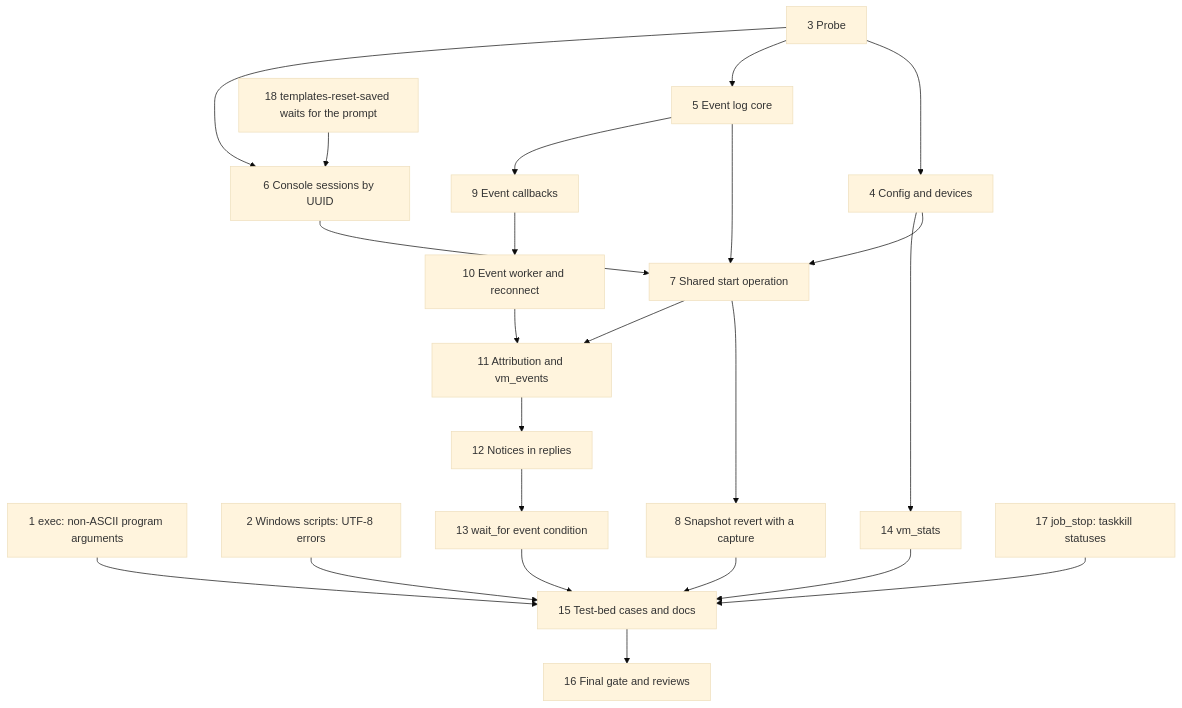
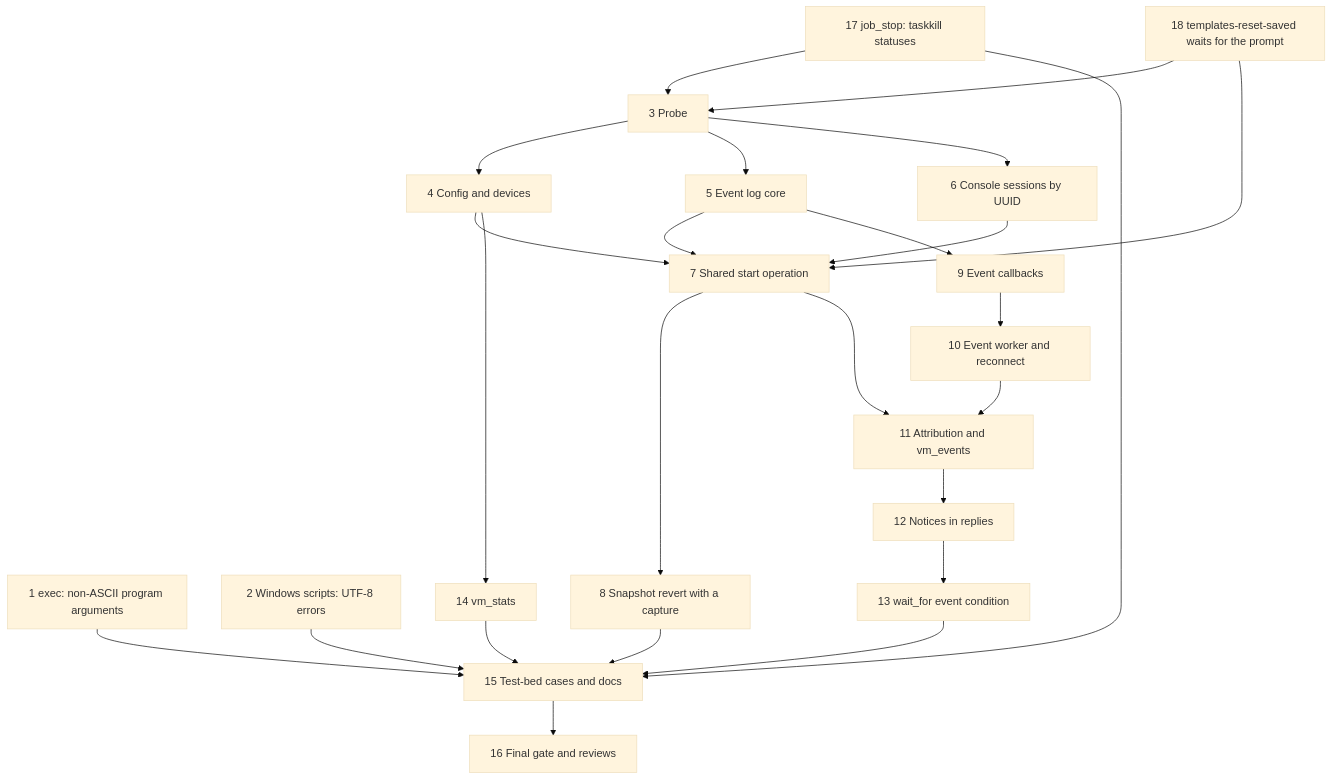
Before and after one commit to jonatsu/virt-manager-mcp: the diagram in docs/plans/seeing-what-happened-implementation-plan.md, drawn with Mermaid (base theme). The commit also changed other lines of this file, not shown here.

````diff
--- a/docs/plans/seeing-what-happened-implementation-plan.md
+++ b/docs/plans/seeing-what-happened-implementation-plan.md
@@ -35,27 +37,29 @@
 ```mermaid
 flowchart TD
   U1[1 exec: non-ASCII program arguments]
   U2[2 Windows scripts: UTF-8 errors]
   U3[3 Probe] --> U4[4 Config and devices]
   U3 --> U5[5 Event log core]
   U3 --> U6[6 Console sessions by UUID]
   U4 --> U7[7 Shared start operation]
   U5 --> U7
   U6 --> U7
   U7 --> U8[8 Snapshot revert with a capture]
   U5 --> U9[9 Event callbacks]
   U9 --> U10[10 Event worker and reconnect]
   U7 --> U11[11 Attribution and vm_events]
   U10 --> U11
   U11 --> U12[12 Notices in replies]
   U12 --> U13[13 wait_for event condition]
   U4 --> U14[14 vm_stats]
   U8 --> U15[15 Test-bed cases and docs]
   U13 --> U15
   U14 --> U15
   U1 --> U15
   U2 --> U15
-  U17[17 job_stop: taskkill statuses] --> U15
-  U18[18 templates-reset-saved waits for the prompt] --> U6
+  U17[17 job_stop: taskkill statuses] --> U3
+  U17 --> U15
+  U18[18 templates-reset-saved waits for the prompt] --> U3
+  U18 --> U7
   U15 --> U16[16 Final gate and reviews]
 ```
````
